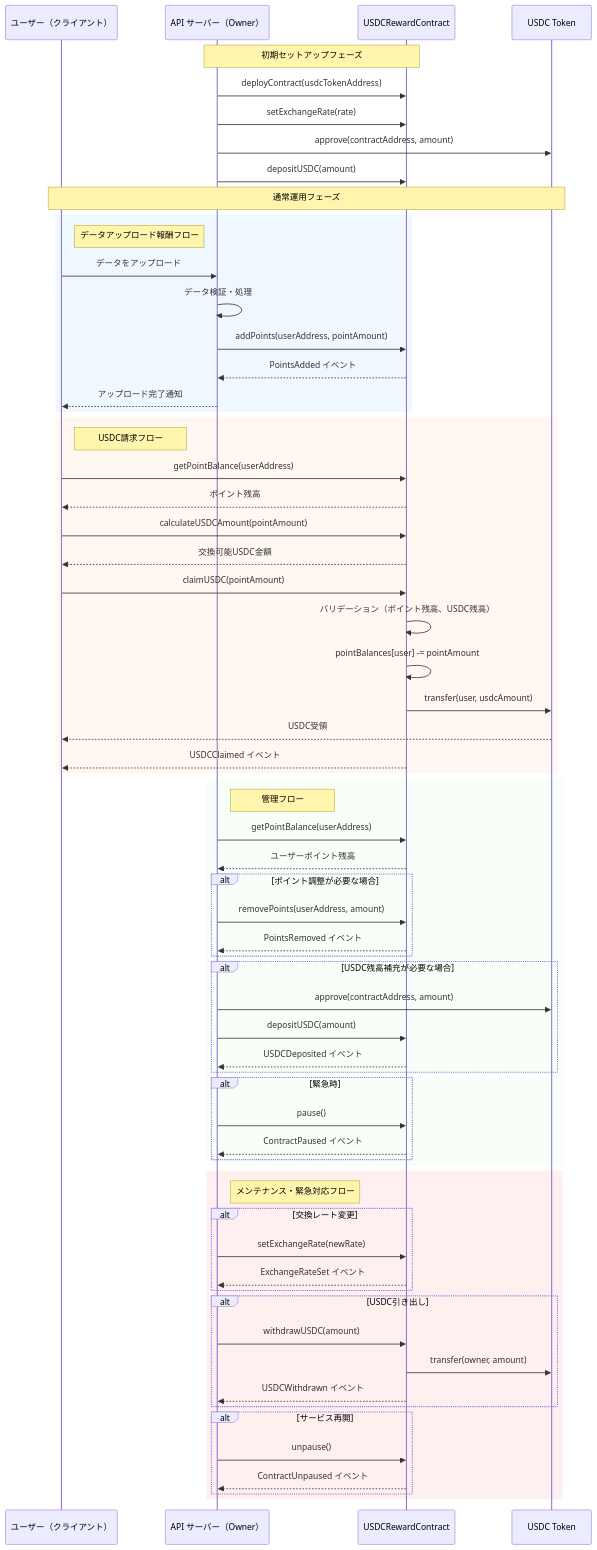
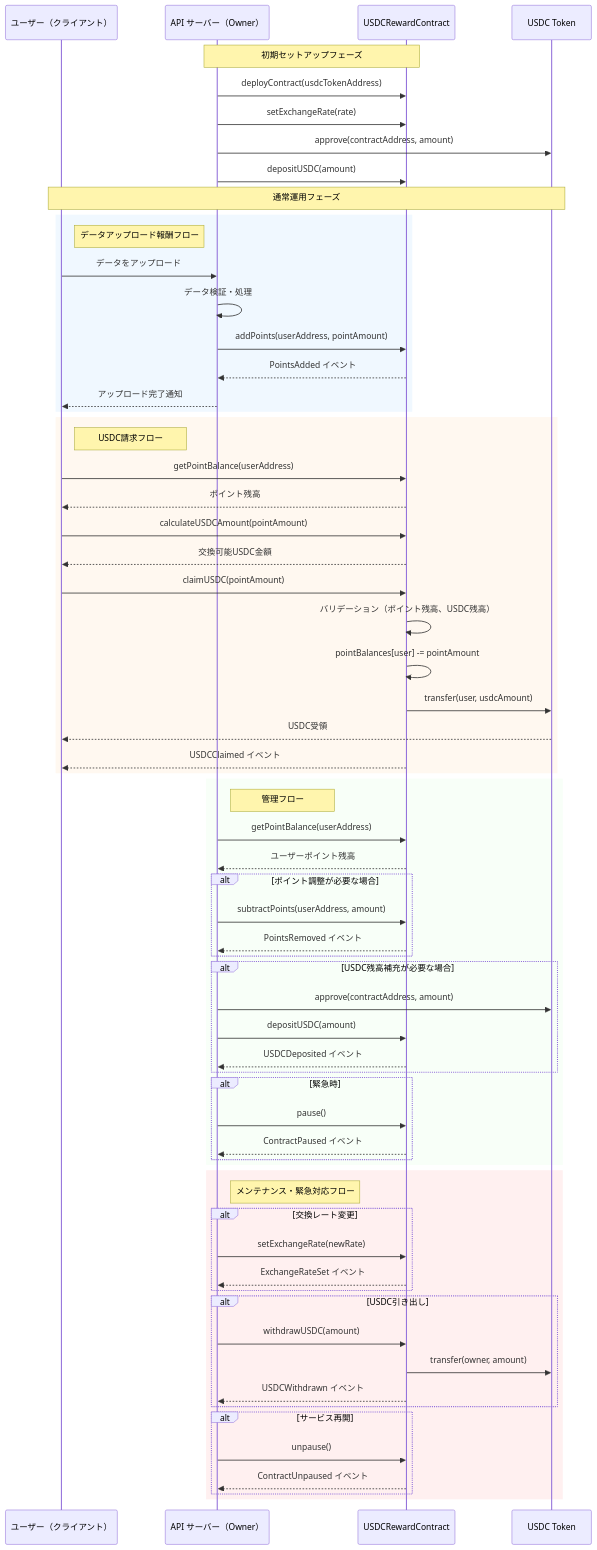
Before and after one commit to Heterod0x/oto_ios_testflight: the diagram in contract/docs/sequence.md, drawn with Mermaid. The commit also changed 9 other files, not shown here.

Commit message:
Rename removePoints to subtractPoints

````diff
--- a/contract/docs/sequence.md
+++ b/contract/docs/sequence.md
@@ -1,80 +1,80 @@
 ```mermaid
 sequenceDiagram
 participant User as ユーザー（クライアント）
 participant API as API サーバー（Owner）
 participant Contract as USDCRewardContract
 participant USDC as USDC Token
 
     Note over API, Contract: 初期セットアップフェーズ
     API->>Contract: deployContract(usdcTokenAddress)
     API->>Contract: setExchangeRate(rate)
     API->>USDC: approve(contractAddress, amount)
     API->>Contract: depositUSDC(amount)
 
     Note over User, USDC: 通常運用フェーズ
 
     rect rgb(240, 248, 255)
         Note right of User: データアップロード報酬フロー
         User->>API: データをアップロード
         API->>API: データ検証・処理
         API->>Contract: addPoints(userAddress, pointAmount)
         Contract-->>API: PointsAdded イベント
         API-->>User: アップロード完了通知
     end
 
     rect rgb(255, 248, 240)
         Note right of User: USDC請求フロー
         User->>Contract: getPointBalance(userAddress)
         Contract-->>User: ポイント残高
         User->>Contract: calculateUSDCAmount(pointAmount)
         Contract-->>User: 交換可能USDC金額
         User->>Contract: claimUSDC(pointAmount)
         Contract->>Contract: バリデーション（ポイント残高、USDC残高）
         Contract->>Contract: pointBalances[user] -= pointAmount
         Contract->>USDC: transfer(user, usdcAmount)
         USDC-->>User: USDC受領
         Contract-->>User: USDCClaimed イベント
     end
 
     rect rgb(248, 255, 248)
         Note right of API: 管理フロー
         API->>Contract: getPointBalance(userAddress)
         Contract-->>API: ユーザーポイント残高
 
         alt ポイント調整が必要な場合
-            API->>Contract: removePoints(userAddress, amount)
+            API->>Contract: subtractPoints(userAddress, amount)
             Contract-->>API: PointsRemoved イベント
         end
 
         alt USDC残高補充が必要な場合
             API->>USDC: approve(contractAddress, amount)
             API->>Contract: depositUSDC(amount)
             Contract-->>API: USDCDeposited イベント
         end
 
         alt 緊急時
             API->>Contract: pause()
             Contract-->>API: ContractPaused イベント
         end
     end
 
     rect rgb(255, 240, 240)
         Note right of API: メンテナンス・緊急対応フロー
         alt 交換レート変更
             API->>Contract: setExchangeRate(newRate)
             Contract-->>API: ExchangeRateSet イベント
         end
 
         alt USDC引き出し
             API->>Contract: withdrawUSDC(amount)
             Contract->>USDC: transfer(owner, amount)
             Contract-->>API: USDCWithdrawn イベント
         end
 
         alt サービス再開
             API->>Contract: unpause()
             Contract-->>API: ContractUnpaused イベント
         end
     end
 
 ```
````
